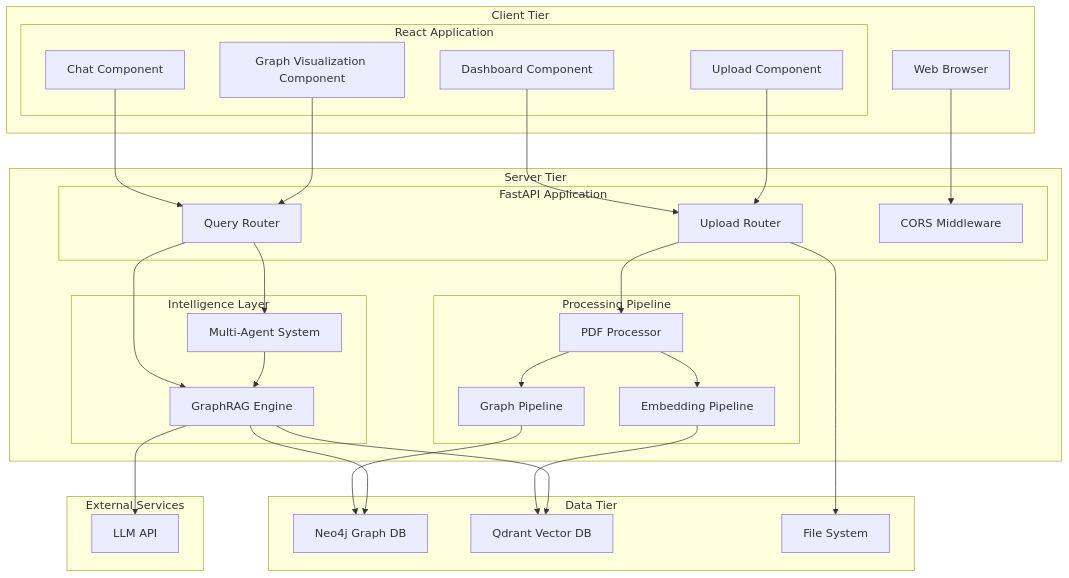
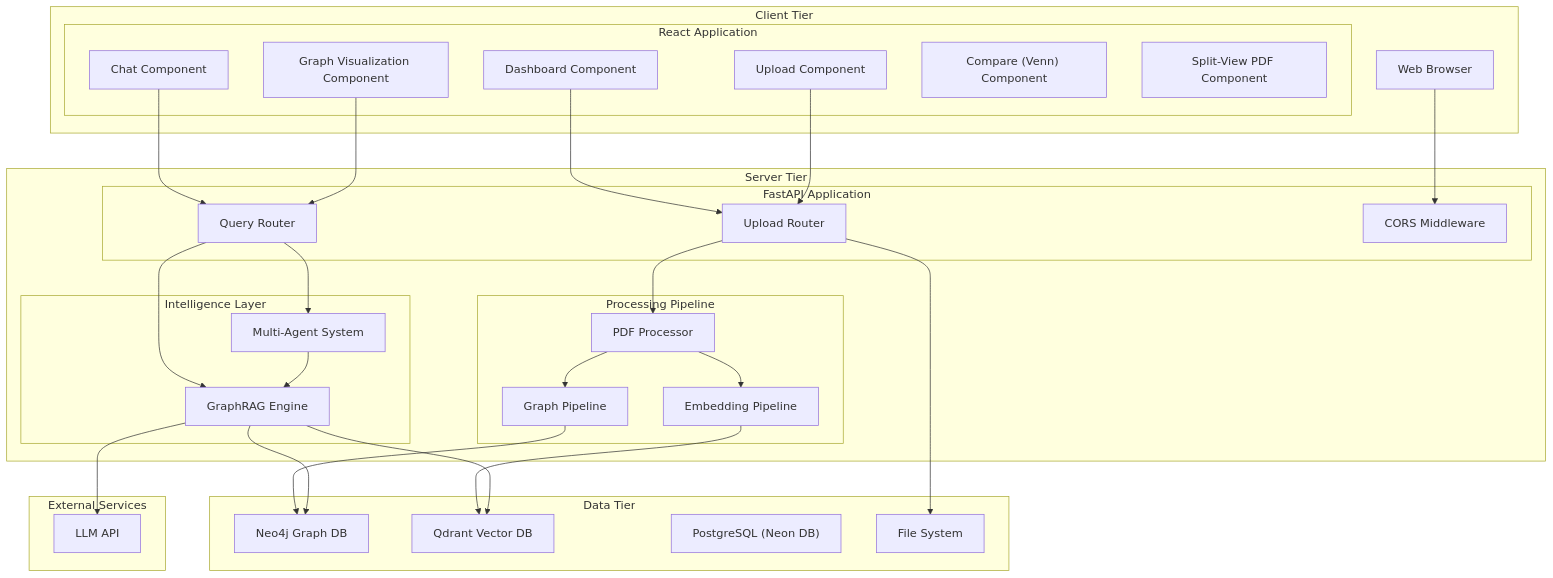
One commit to suraj-codes-24/Research-Node changed the eighth of 9 diagrams in docs/10_uml_diagrams.md. Above: the diagram before and after it, drawn with Mermaid. The commit also changed other lines of this file and 52 other files, not shown here.

Commit message:
Final project completion: PostgreSQL integration, UI enhancements, and documentation update

````diff
--- a/docs/10_uml_diagrams.md
+++ b/docs/10_uml_diagrams.md
@@ -367,59 +411,62 @@
 ```mermaid
 graph TB
     subgraph "Client Tier"
         Browser["Web Browser"]
         subgraph "React Application"
             Dashboard["Dashboard Component"]
             Upload["Upload Component"]
             Chat["Chat Component"]
             GraphViz["Graph Visualization Component"]
+            Compare["Compare (Venn) Component"]
+            SplitView["Split-View PDF Component"]
         end
     end
 
     subgraph "Server Tier"
         subgraph "FastAPI Application"
             UploadAPI["Upload Router"]
             QueryAPI["Query Router"]
             Middleware["CORS Middleware"]
         end
         subgraph "Processing Pipeline"
             PDFProc["PDF Processor"]
             EmbPipeline["Embedding Pipeline"]
             GraphPipeline["Graph Pipeline"]
         end
         subgraph "Intelligence Layer"
             RAGEngine["GraphRAG Engine"]
             AgentSystem["Multi-Agent System"]
         end
     end
 
     subgraph "Data Tier"
         Neo4j["Neo4j Graph DB"]
         Qdrant["Qdrant Vector DB"]
+        Postgres["PostgreSQL (Neon DB)"]
         FileStore["File System"]
     end
 
     subgraph "External Services"
         LLMAPI["LLM API"]
     end
 
     Browser --> Middleware
     Dashboard --> UploadAPI
     Upload --> UploadAPI
     Chat --> QueryAPI
     GraphViz --> QueryAPI
 
     UploadAPI --> PDFProc
     PDFProc --> EmbPipeline
     PDFProc --> GraphPipeline
     QueryAPI --> RAGEngine
     QueryAPI --> AgentSystem
 
     EmbPipeline --> Qdrant
     GraphPipeline --> Neo4j
     RAGEngine --> Qdrant
     RAGEngine --> Neo4j
     RAGEngine --> LLMAPI
     AgentSystem --> RAGEngine
     UploadAPI --> FileStore
 ```
````
